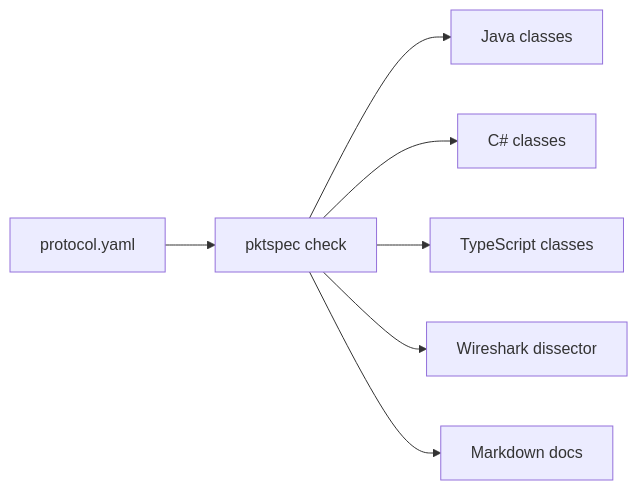
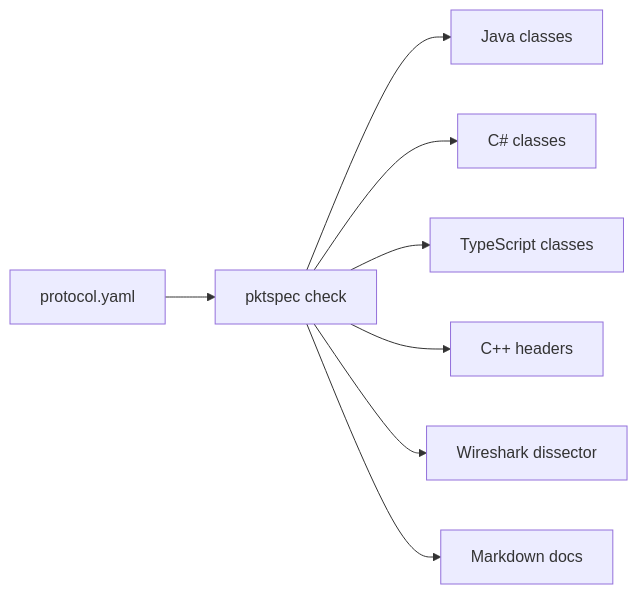
The diagram in README.en.md (vtxe02023274/pktspec), drawn with Mermaid before and after one commit. The commit also changed other lines of this file and 39 other files, not shown here.

````diff
--- a/README.en.md
+++ b/README.en.md
@@ -9,9 +9,10 @@
 ```mermaid
 flowchart LR
   yaml[protocol.yaml] --> check[pktspec check]
   check --> java[Java classes]
   check --> csharp[C# classes]
   check --> ts[TypeScript classes]
+  check --> cpp[C++ headers]
   check --> lua[Wireshark dissector]
   check --> docs[Markdown docs]
 ```
````
